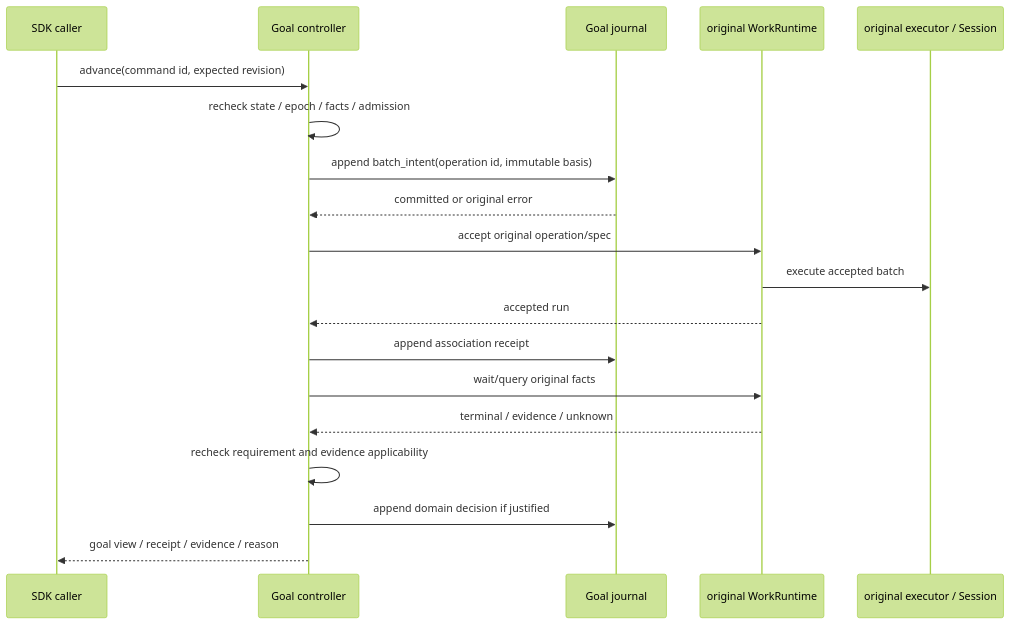
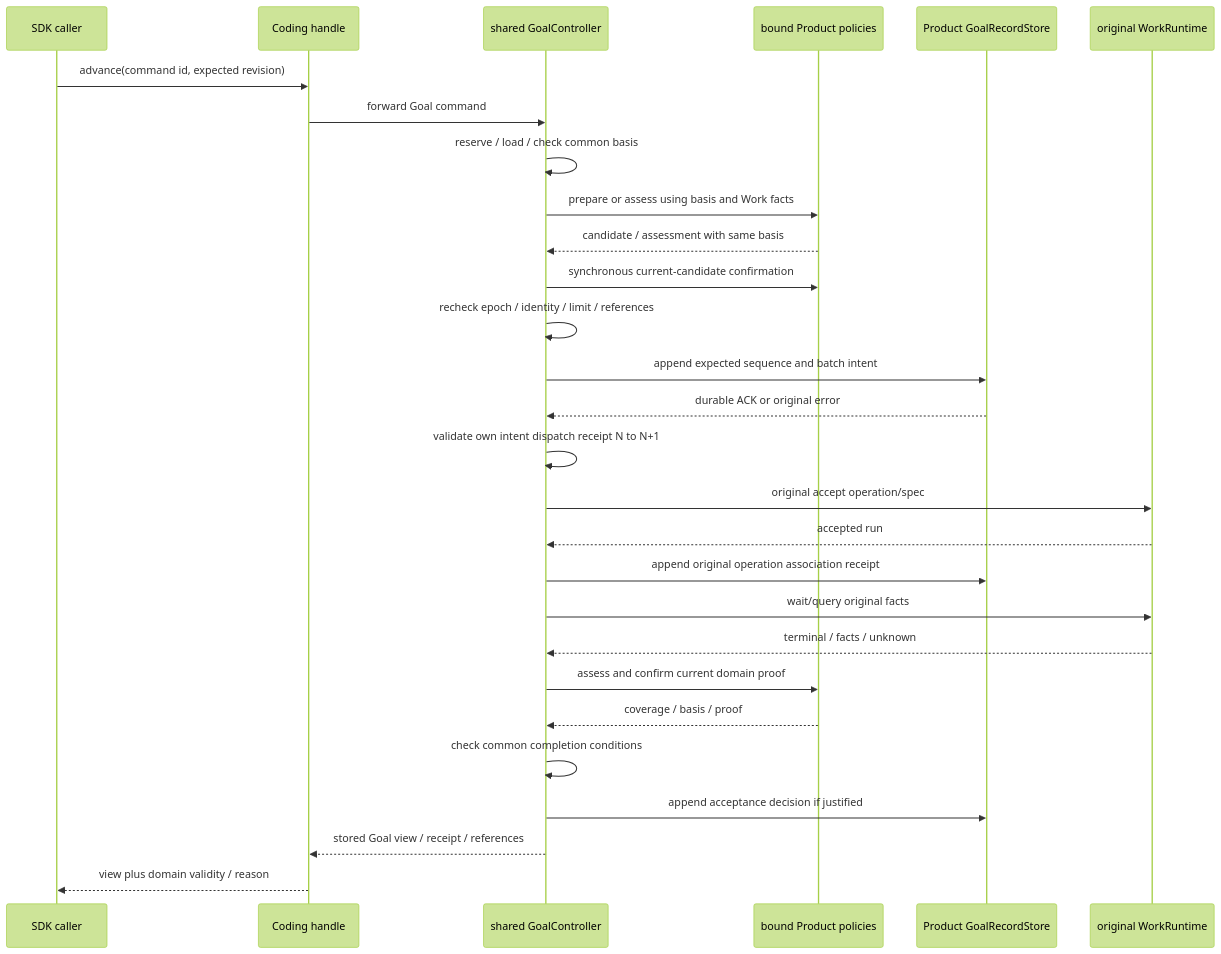
Before and after one commit to zhnt/loushang: the fourth of 4 diagrams in docs/internals/architecture/goal-method-work/minimum-loop-architecture.md, drawn with Mermaid (forest theme). The commit also changed other lines of this file and 6 other files, not shown here.

Commit message:
docs(goal): move shared control to HarnessWork and review boundaries

````diff
--- a/docs/internals/architecture/goal-method-work/minimum-loop-architecture.md
+++ b/docs/internals/architecture/goal-method-work/minimum-loop-architecture.md
@@ -348,21 +436,30 @@
 ```mermaid
 sequenceDiagram
-    participant C as SDK caller
-    participant G as Goal controller
-    participant J as Goal journal
+    participant U as SDK caller
+    participant C as Coding handle
+    participant G as shared GoalController
+    participant P as bound Product policies
+    participant J as Product GoalRecordStore
     participant W as original WorkRuntime
-    participant E as original executor / Session
-    C->>G: advance(command id, expected revision)
-    G->>G: recheck state / epoch / facts / admission
-    G->>J: append batch_intent(operation id, immutable basis)
-    J-->>G: committed or original error
-    G->>W: accept original operation/spec
-    W->>E: execute accepted batch
+    U->>C: advance(command id, expected revision)
+    C->>G: forward Goal command
+    G->>G: reserve / load / check common basis
+    G->>P: prepare or assess using basis and Work facts
+    P-->>G: candidate / assessment with same basis
+    G->>P: synchronous current-candidate confirmation
+    G->>G: recheck epoch / identity / limit / references
+    G->>J: append expected sequence and batch intent
+    J-->>G: durable ACK or original error
+    G->>G: validate own intent dispatch receipt N to N+1
+    G->>W: original accept operation/spec
     W-->>G: accepted run
-    G->>J: append association receipt
+    G->>J: append original operation association receipt
     G->>W: wait/query original facts
-    W-->>G: terminal / evidence / unknown
-    G->>G: recheck requirement and evidence applicability
-    G->>J: append domain decision if justified
-    G-->>C: goal view / receipt / evidence / reason
+    W-->>G: terminal / facts / unknown
+    G->>P: assess and confirm current domain proof
+    P-->>G: coverage / basis / proof
+    G->>G: check common completion conditions
+    G->>J: append acceptance decision if justified
+    G-->>C: stored Goal view / receipt / references
+    C-->>U: view plus domain validity / reason
 ```
````
